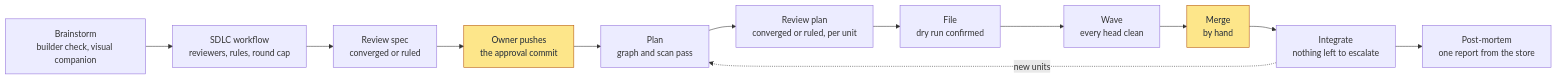
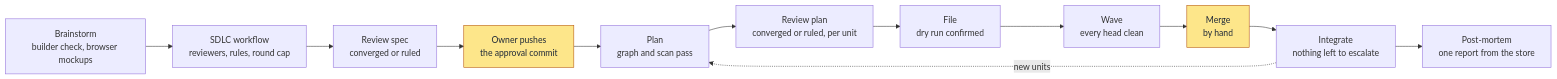
The first of 3 diagrams in README.md (gsVAM/SuperEGM), drawn with Mermaid before and after one commit. The commit also changed other lines of this file and 1 other file, not shown here.

Commit message:
feat(S2): reword the companion mentions the removed-mechanism pin bans

````diff
--- a/README.md
+++ b/README.md
@@ -110,16 +110,16 @@
 ```mermaid
 flowchart LR
-  B0["Brainstorm<br/>builder check, visual companion"] --> W0["SDLC workflow<br/>reviewers, rules, round cap"]
+  B0["Brainstorm<br/>builder check, browser mockups"] --> W0["SDLC workflow<br/>reviewers, rules, round cap"]
   W0 --> P1["Review spec<br/>converged or ruled"]
   P1 --> H1["Owner pushes<br/>the approval commit"]
   H1 --> P2["Plan<br/>graph and scan pass"]
   P2 --> P3["Review plan<br/>converged or ruled, per unit"]
   P3 --> P4["File<br/>dry run confirmed"]
   P4 --> P5["Wave<br/>every head clean"]
   P5 --> H2["Merge<br/>by hand"]
   H2 --> P7["Integrate<br/>nothing left to escalate"]
   P7 --> PM["Post-mortem<br/>one report from the store"]
   P7 -.->|new units| P2
   classDef human fill:#fde68a,stroke:#b45309,color:#1f2937
   class H1,H2 human
 ```
````
